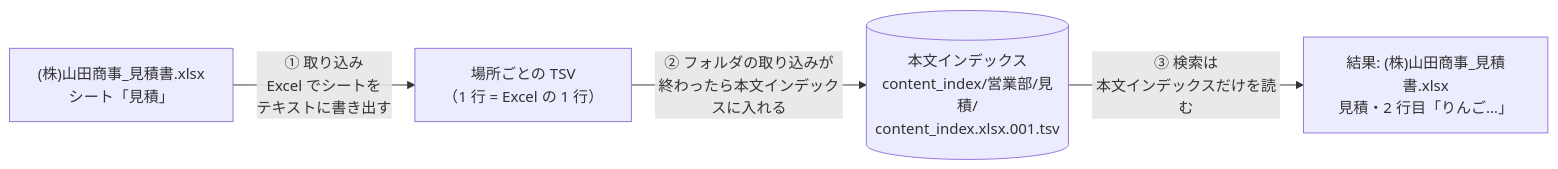
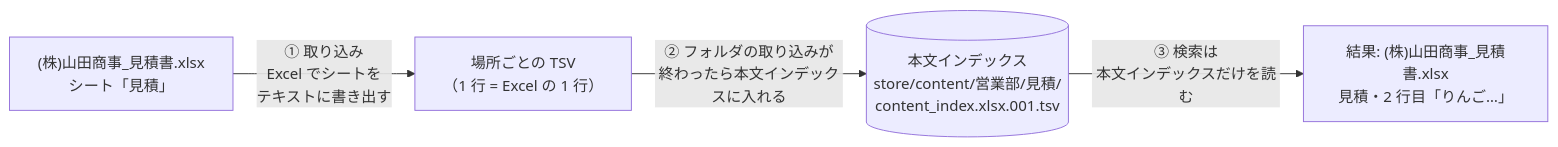
The diagram in docs/design/indexing/index.md (hsgwa/tebunko), drawn with Mermaid before and after one commit. The commit also changed other lines of this file and 118 other files, not shown here.

````diff
--- a/docs/design/indexing/index.md
+++ b/docs/design/indexing/index.md
@@ -11,6 +11,6 @@
 ```mermaid
 flowchart LR
     X["(株)山田商事_見積書.xlsx<br>シート「見積」"] -- "① 取り込み<br>Excel でシートを<br>テキストに書き出す" --> T["場所ごとの TSV<br>（1 行 = Excel の 1 行）"]
-    T -- "② フォルダの取り込みが<br>終わったら本文インデックスに入れる" --> P[("本文インデックス<br>content_index/営業部/見積/<br>content_index.xlsx.001.tsv")]
+    T -- "② フォルダの取り込みが<br>終わったら本文インデックスに入れる" --> P[("本文インデックス<br>store/content/営業部/見積/<br>content_index.xlsx.001.tsv")]
     P -- "③ 検索は<br>本文インデックスだけを読む" --> R["結果: (株)山田商事_見積書.xlsx<br>見積・2 行目「りんご…」"]
 ```
````
